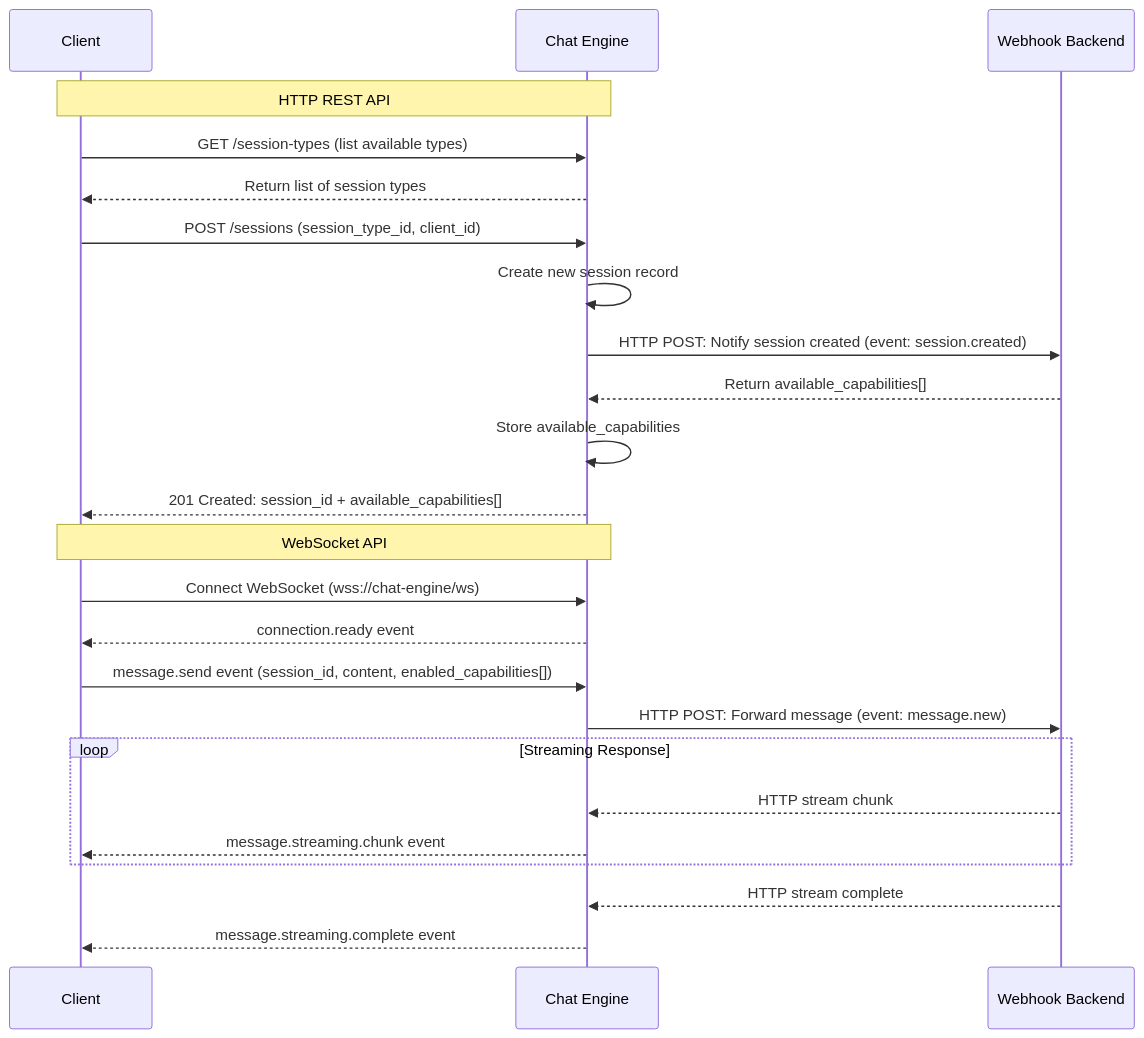
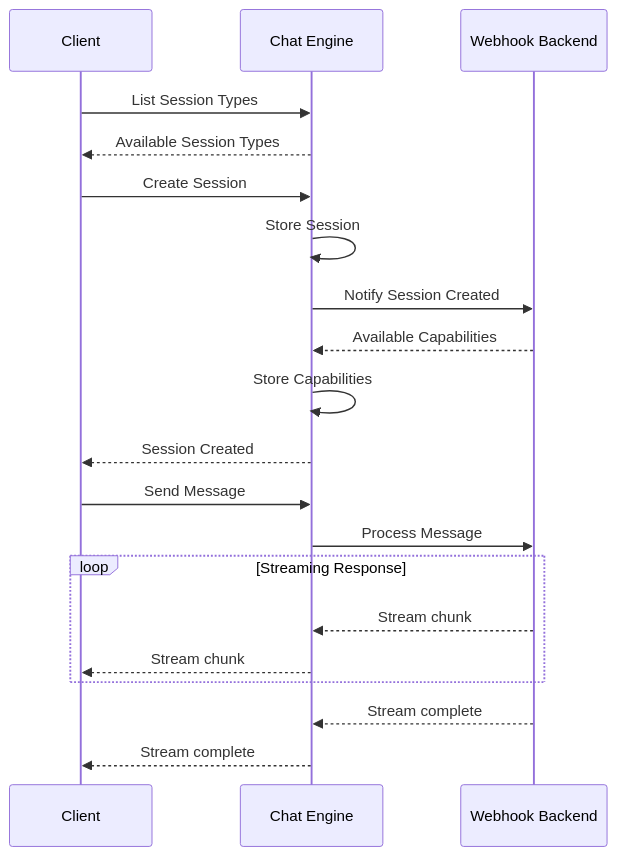
One commit to hypernetix/hyperspot changed the third of 16 diagrams in modules/chat_engine/DESIGN.md. Above: the diagram before and after it, drawn with Mermaid. The commit also changed other lines of this file and 25 other files, not shown here.

````diff
--- a/modules/chat_engine/DESIGN.md
+++ b/modules/chat_engine/DESIGN.md
@@ -503,35 +470,30 @@
 ```mermaid
 sequenceDiagram
     participant Client
     participant Chat Engine
     participant Webhook Backend
 
-    Note over Client,Chat Engine: HTTP REST API
-    Client->>Chat Engine: GET /session-types (list available types)
-    Chat Engine-->>Client: Return list of session types
+    Client->>Chat Engine: List Session Types
+    Chat Engine-->>Client: Available Session Types
 
-    Client->>Chat Engine: POST /sessions (session_type_id, client_id)
+    Client->>Chat Engine: Create Session
 
-    Chat Engine->>Chat Engine: Create new session record
-    Chat Engine->>Webhook Backend: HTTP POST: Notify session created (event: session.created)
-    Webhook Backend-->>Chat Engine: Return available_capabilities[]
+    Chat Engine->>Chat Engine: Store Session
+    Chat Engine->>Webhook Backend: Notify Session Created
+    Webhook Backend-->>Chat Engine: Available Capabilities
 
-    Chat Engine->>Chat Engine: Store available_capabilities
-    Chat Engine-->>Client: 201 Created: session_id + available_capabilities[]
+    Chat Engine->>Chat Engine: Store Capabilities
+    Chat Engine-->>Client: Session Created
 
-    Note over Client,Chat Engine: WebSocket API
-    Client->>Chat Engine: Connect WebSocket (wss://chat-engine/ws)
-    Chat Engine-->>Client: connection.ready event
+    Client->>Chat Engine: Send Message
 
-    Client->>Chat Engine: message.send event (session_id, content, enabled_capabilities[])
-
-    Chat Engine->>Webhook Backend: HTTP POST: Forward message (event: message.new)
+    Chat Engine->>Webhook Backend: Process Message
 
     loop Streaming Response
-        Webhook Backend-->>Chat Engine: HTTP stream chunk
-        Chat Engine-->>Client: message.streaming.chunk event
+        Webhook Backend-->>Chat Engine: Stream chunk
+        Chat Engine-->>Client: Stream chunk
     end
 
-    Webhook Backend-->>Chat Engine: HTTP stream complete
-    Chat Engine-->>Client: message.streaming.complete event
+    Webhook Backend-->>Chat Engine: Stream complete
+    Chat Engine-->>Client: Stream complete
 ```
````
